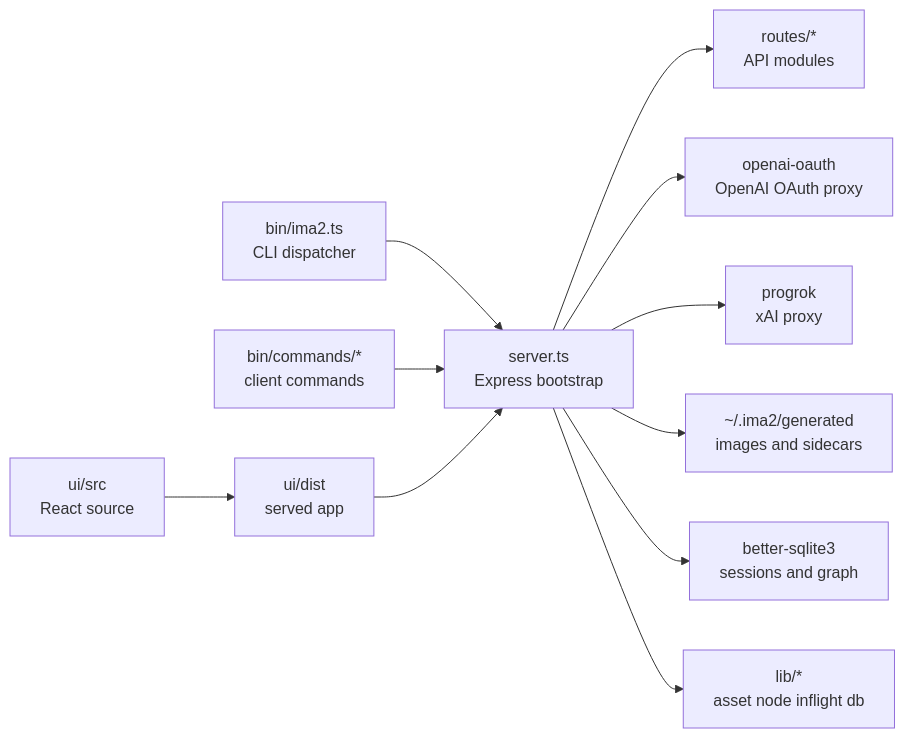
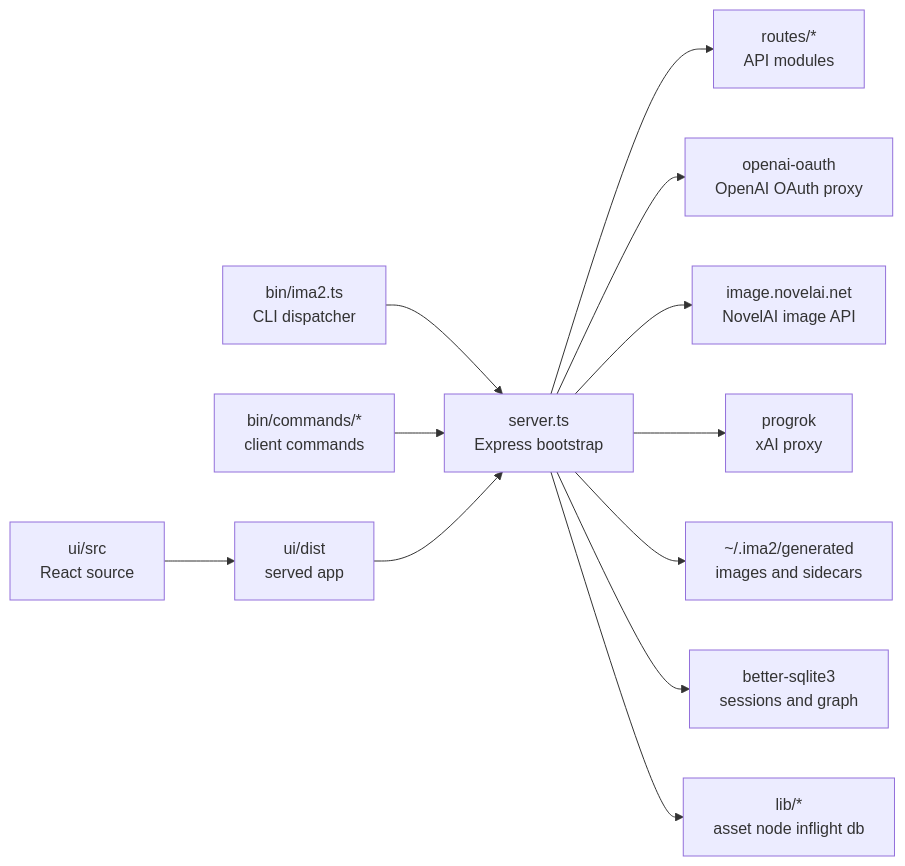
One commit to lidge-jun/ima2-gen changed the diagram in structure/00-structure-hub.md. Above: the diagram before and after it, drawn with Mermaid. The commit also changed other lines of this file and 13 other files, not shown here.

````diff
--- a/structure/00-structure-hub.md
+++ b/structure/00-structure-hub.md
@@ -37,13 +39,14 @@
 ```mermaid
 graph LR
     CLI["bin/ima2.ts<br/>CLI dispatcher"] --> API["server.ts<br/>Express bootstrap"]
     CMDS["bin/commands/*<br/>client commands"] --> API
     WEB["ui/dist<br/>served app"] --> API
     SRC["ui/src<br/>React source"] --> WEB
     API --> ROUTES["routes/*<br/>API modules"]
     API --> OAUTH["openai-oauth<br/>OpenAI OAuth proxy"]
+    API --> NAI["image.novelai.net<br/>NovelAI image API"]
     API --> GROK["progrok<br/>xAI proxy"]
     API --> GEN["~/.ima2/generated<br/>images and sidecars"]
     API --> DB["better-sqlite3<br/>sessions and graph"]
     API --> LIB["lib/*<br/>asset node inflight db"]
 ```
````
